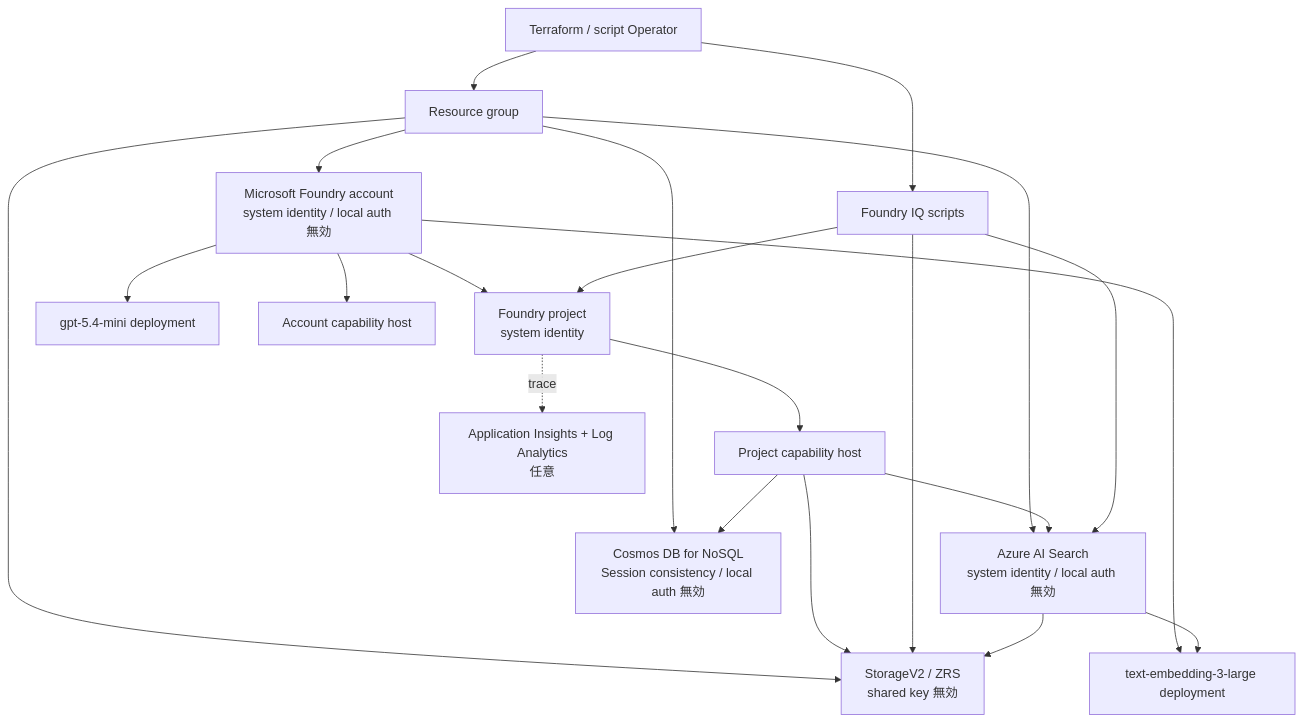
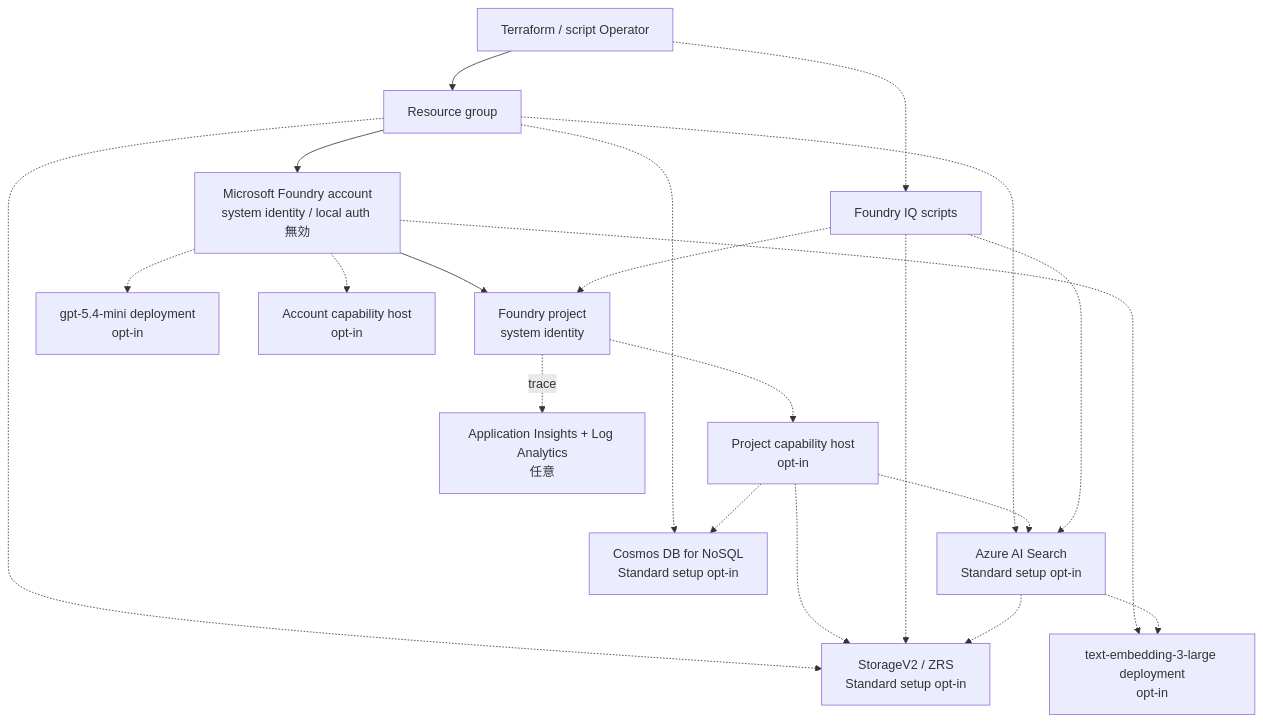
Before and after one commit to ks6088ts/template-terraform: the diagram in infra/scenarios/azure_microsoft_foundry/README.ja.md, drawn with Mermaid. The commit also changed other lines of this file and 6 other files, not shown here.

````diff
--- a/infra/scenarios/azure_microsoft_foundry/README.ja.md
+++ b/infra/scenarios/azure_microsoft_foundry/README.ja.md
@@ -112,37 +144,37 @@
 ```mermaid
 flowchart TD
     Operator["Terraform / script Operator"]
     RG["Resource group"]
     Account["Microsoft Foundry account<br/>system identity / local auth 無効"]
     Project["Foundry project<br/>system identity"]
-    Chat["gpt-5.4-mini deployment"]
-    Embedding["text-embedding-3-large deployment"]
-    Search["Azure AI Search<br/>system identity / local auth 無効"]
-    Storage["StorageV2 / ZRS<br/>shared key 無効"]
-    Cosmos["Cosmos DB for NoSQL<br/>Session consistency / local auth 無効"]
-    AccountHost["Account capability host"]
-    ProjectHost["Project capability host"]
+    Chat["gpt-5.4-mini deployment<br/>opt-in"]
+    Embedding["text-embedding-3-large deployment<br/>opt-in"]
+    Search["Azure AI Search<br/>Standard setup opt-in"]
+    Storage["StorageV2 / ZRS<br/>Standard setup opt-in"]
+    Cosmos["Cosmos DB for NoSQL<br/>Standard setup opt-in"]
+    AccountHost["Account capability host<br/>opt-in"]
+    ProjectHost["Project capability host<br/>opt-in"]
     Insights["Application Insights + Log Analytics<br/>任意"]
     Scripts["Foundry IQ scripts"]
 
     Operator --> RG
     RG --> Account
     Account --> Project
-    Account --> Chat
-    Account --> Embedding
-    RG --> Search
-    RG --> Storage
-    RG --> Cosmos
-    Account --> AccountHost
-    Project --> ProjectHost
-    ProjectHost --> Search
-    ProjectHost --> Storage
-    ProjectHost --> Cosmos
-    Operator --> Scripts
-    Scripts --> Storage
-    Scripts --> Search
-    Scripts --> Project
-    Search --> Storage
-    Search --> Embedding
+    Account -.-> Chat
+    Account -.-> Embedding
+    RG -.-> Search
+    RG -.-> Storage
+    RG -.-> Cosmos
+    Account -.-> AccountHost
+    Project -.-> ProjectHost
+    ProjectHost -.-> Search
+    ProjectHost -.-> Storage
+    ProjectHost -.-> Cosmos
+    Operator -.-> Scripts
+    Scripts -.-> Storage
+    Scripts -.-> Search
+    Scripts -.-> Project
+    Search -.-> Storage
+    Search -.-> Embedding
     Project -. "trace" .-> Insights
 ```
````
